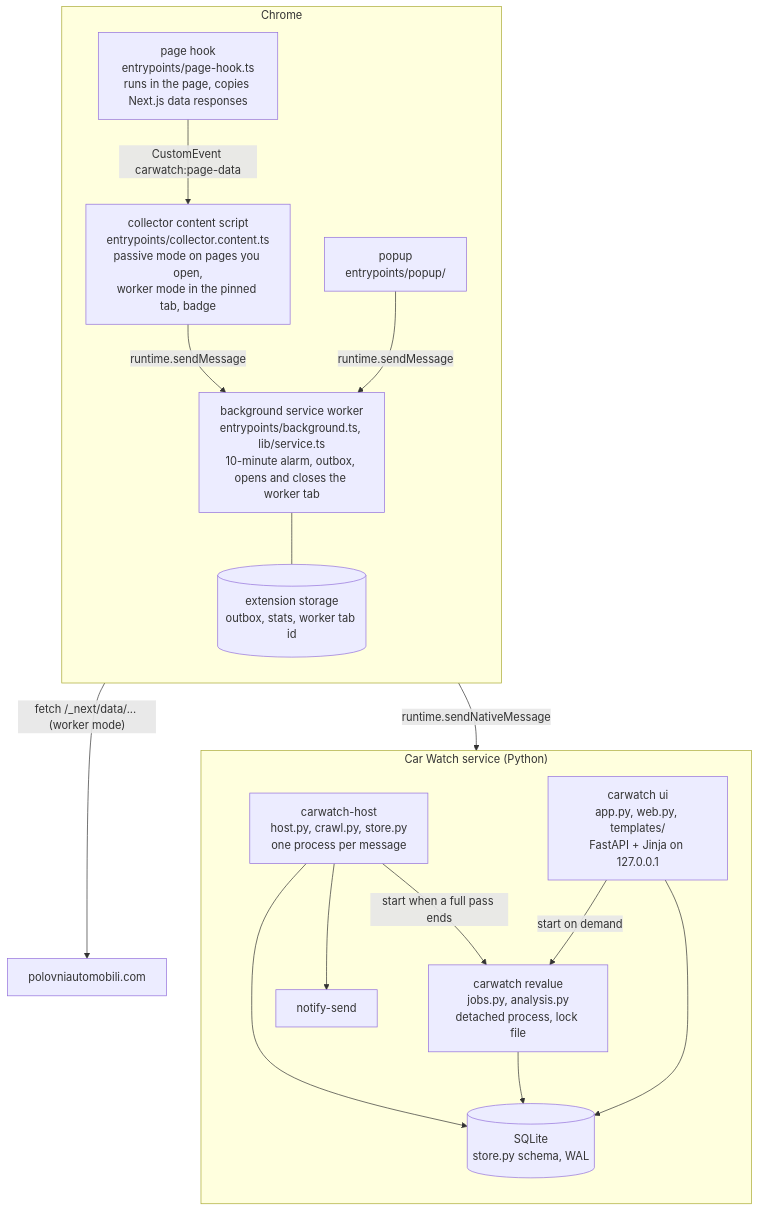
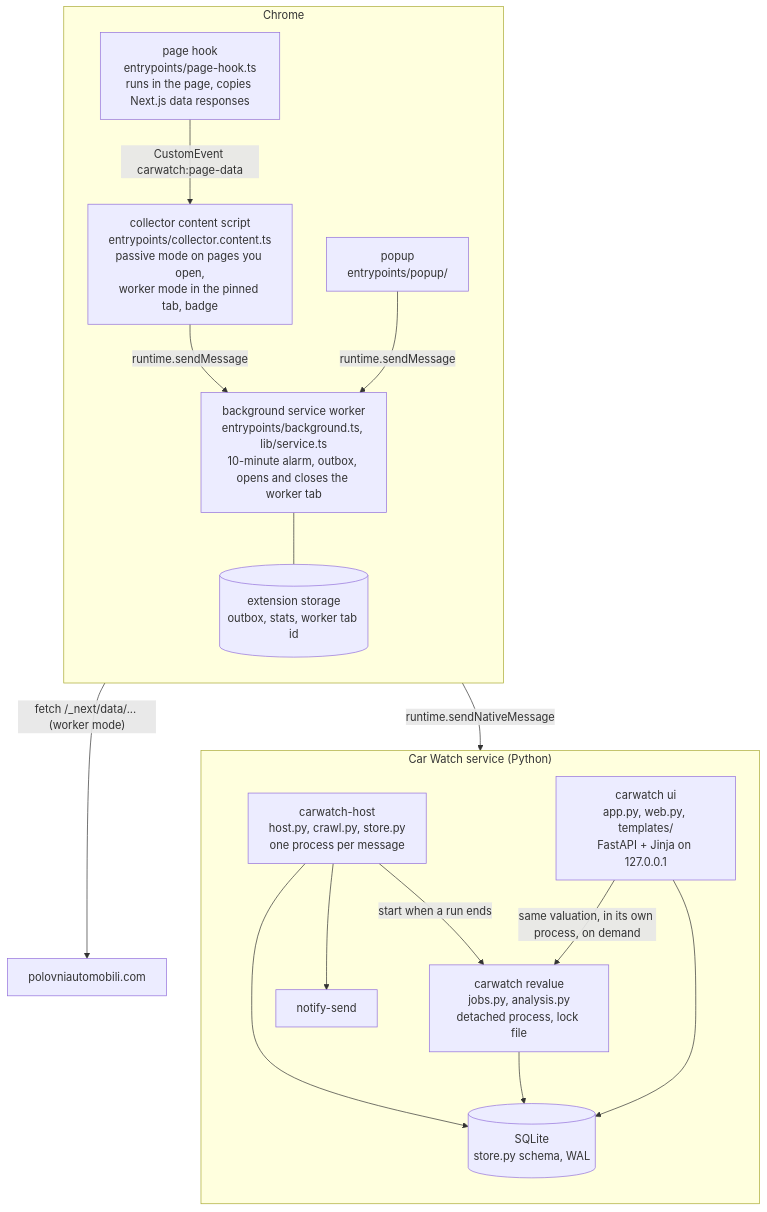
The diagram in docs/diagrams/container.md (ManSe404/car_watcher), drawn with Mermaid before and after one commit. The commit also changed 16 other files, not shown here.

First line of the commit message:
docs: add the feature catalogue, service pages, roadmap and ADRs

````diff
--- a/docs/diagrams/container.md
+++ b/docs/diagrams/container.md
@@ -6,35 +6,35 @@
 ```mermaid
 flowchart TB
     site["polovniautomobili.com"]
 
     subgraph chrome["Chrome"]
         direction TB
         hook["page hook<br/>entrypoints/page-hook.ts<br/>runs in the page, copies Next.js data responses"]
         content["collector content script<br/>entrypoints/collector.content.ts<br/>passive mode on pages you open,<br/>worker mode in the pinned tab, badge"]
         bg["background service worker<br/>entrypoints/background.ts, lib/service.ts<br/>10-minute alarm, outbox, opens and closes the worker tab"]
         popup["popup<br/>entrypoints/popup/"]
         storage[("extension storage<br/>outbox, stats, worker tab id")]
     end
 
     subgraph service["Car Watch service (Python)"]
         direction TB
         host["carwatch-host<br/>host.py, crawl.py, store.py<br/>one process per message"]
         revalue["carwatch revalue<br/>jobs.py, analysis.py<br/>detached process, lock file"]
         ui["carwatch ui<br/>app.py, web.py, templates/<br/>FastAPI + Jinja on 127.0.0.1"]
         db[("SQLite<br/>store.py schema, WAL")]
         notify["notify-send"]
     end
 
     hook -- "CustomEvent carwatch:page-data" --> content
     content -- "runtime.sendMessage" --> bg
     popup -- "runtime.sendMessage" --> bg
     bg --- storage
     content -- "fetch /_next/data/... (worker mode)" --> site
     bg -- "runtime.sendNativeMessage" --> host
     host --> db
-    host -- "start when a full pass ends" --> revalue
+    host -- "start when a run ends" --> revalue
     revalue --> db
     ui --> db
-    ui -- "start on demand" --> revalue
+    ui -- "same valuation, in its own process, on demand" --> revalue
     host --> notify
 ```
````
